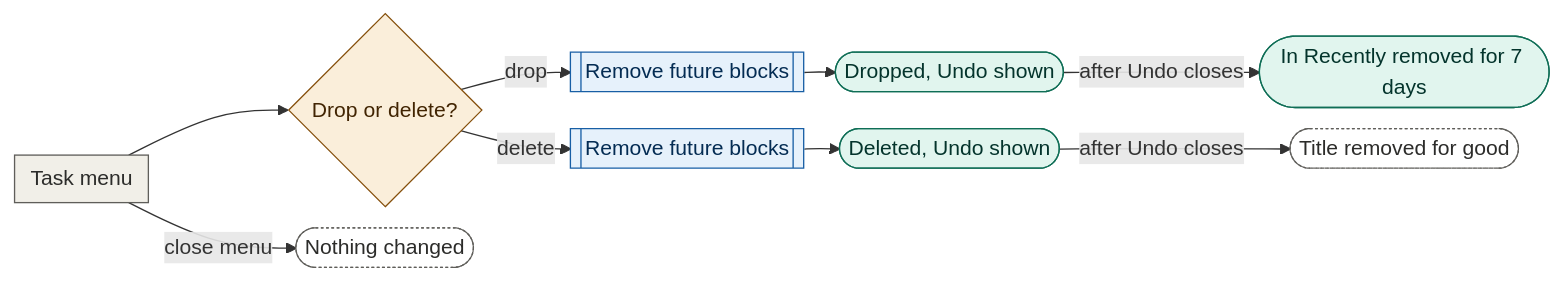
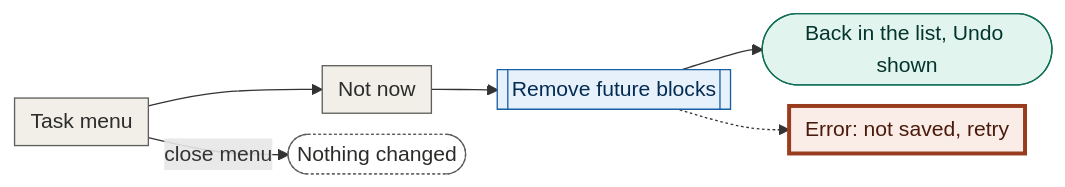
The fifth of 7 diagrams in docs/design/01-user-flows/tasks.md (tor4/ai-planner), drawn with Mermaid before and after one commit. The commit also changed other lines of this file and 14 other files, not shown here.

First line of the commit message:
Fix user flow and screen issues

````diff
--- a/docs/design/01-user-flows/tasks.md
+++ b/docs/design/01-user-flows/tasks.md
@@ -187,17 +185,14 @@
 ```mermaid
 %%{init: {"flowchart": {"nodeSpacing": 16, "rankSpacing": 24, "padding": 6}}}%%
 flowchart LR
-  A[Task menu]:::step --> B{Drop or delete?}:::decision
-  B -->|drop| P[[Remove future blocks]]:::sys --> T1([Dropped, Undo shown]):::ok
-  B -->|delete| Q[[Remove future blocks]]:::sys --> T2([Deleted, Undo shown]):::ok
-  T1 -->|after Undo closes| RR([In Recently removed for 7 days]):::ok
-  T2 -->|after Undo closes| F([Title removed for good]):::exit
+  A[Task menu]:::step --> N[Not now]:::step --> R[[Remove future blocks]]:::sys --> D([Back in the list, Undo shown]):::ok
   A -->|close menu| E([Nothing changed]):::exit
+  R -.-> X[Error: not saved, retry]:::error
   classDef step fill:#F1EFE8,stroke:#5F5E5A,color:#2C2C2A
   classDef sys fill:#E6F1FB,stroke:#185FA5,color:#042C53
   classDef ok fill:#E1F5EE,stroke:#0F6E56,color:#04342C
   classDef exit fill:#FFFFFF,stroke:#5F5E5A,color:#2C2C2A,stroke-dasharray:2 2
   classDef decision fill:#FAEEDA,stroke:#854F0B,color:#412402
   classDef state fill:#EEEDFE,stroke:#534AB7,color:#26215C,stroke-dasharray:4 3
   classDef error fill:#FAECE7,stroke:#993C1D,color:#4A1B0C,stroke-width:3px
 ```
````
